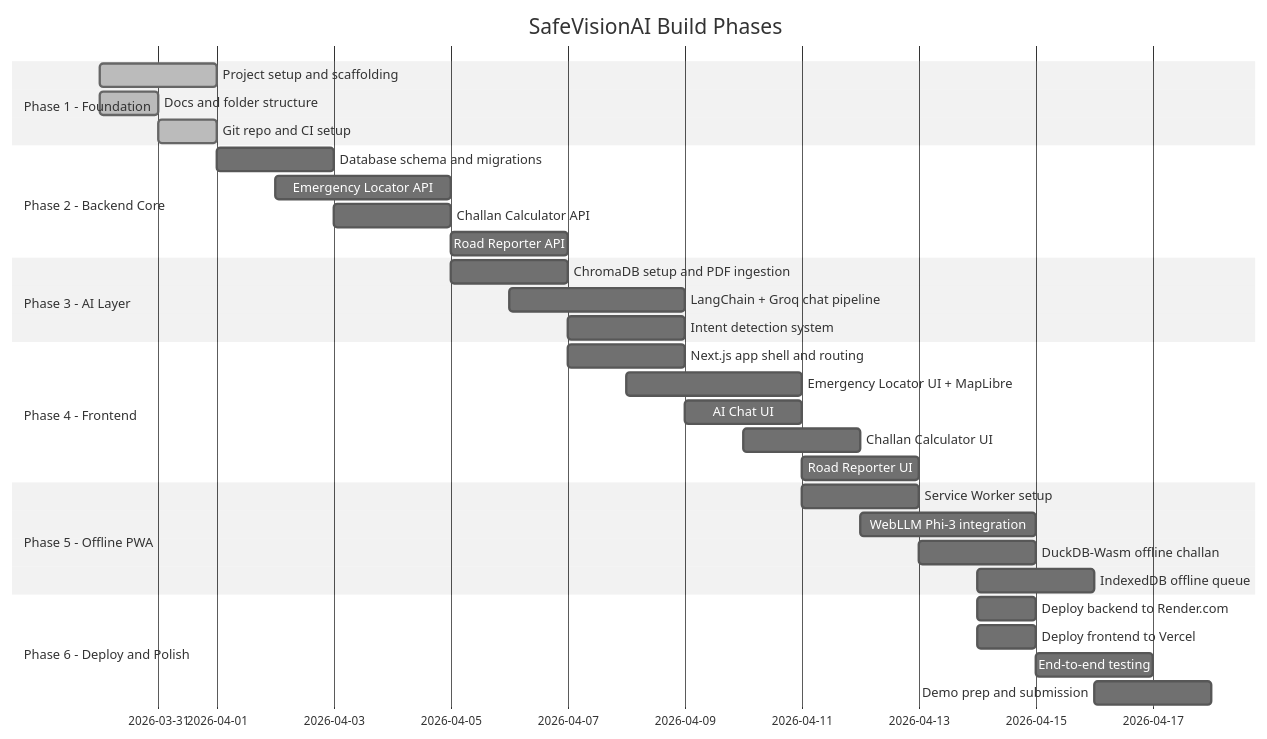
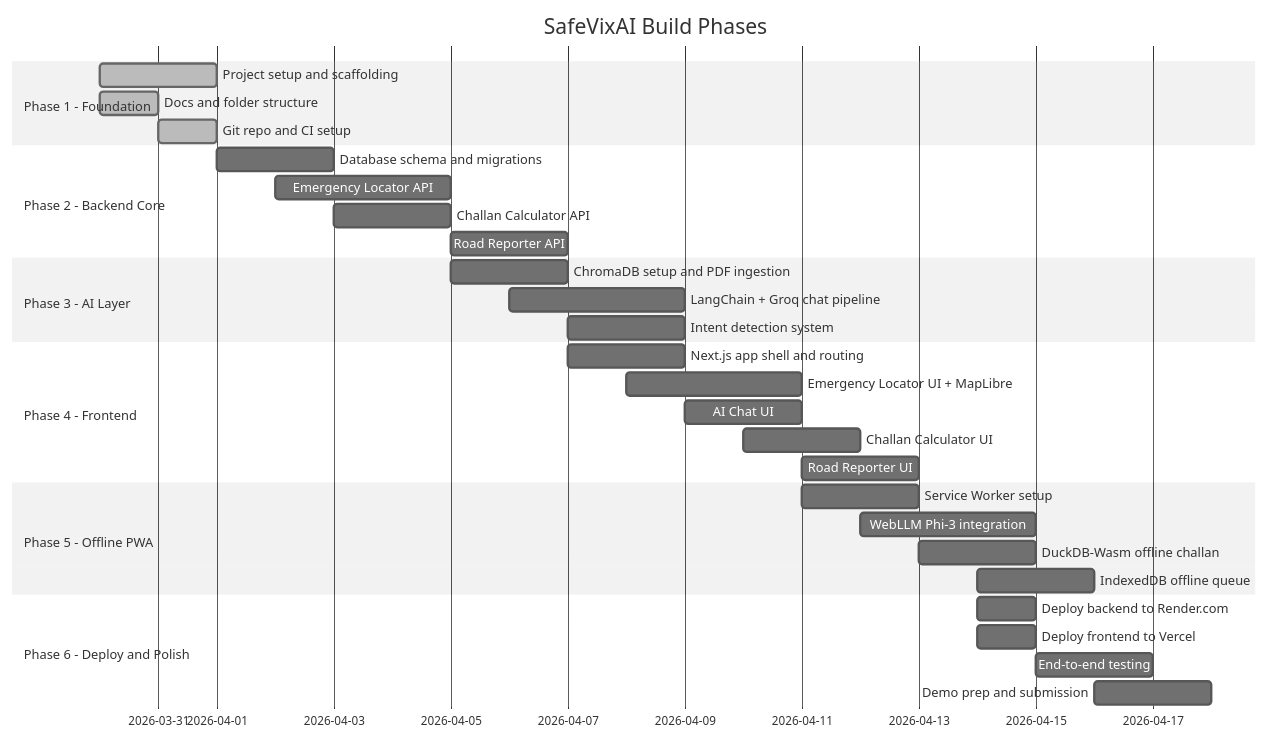
One commit to SafeVision-AI/SafeVision-AI changed the diagram in docs/Roadmap.md. Above: the diagram before and after it, drawn with Mermaid (neutral theme). The commit also changed other lines of this file and 78 other files, not shown here.

Commit message:
chore: codebase-wide rename to SafeVixAI

````diff
--- a/docs/Roadmap.md
+++ b/docs/Roadmap.md
@@ -9,39 +9,39 @@
 ```mermaid
 gantt
-    title SafeVisionAI Build Phases
+    title SafeVixAI Build Phases
     dateFormat  YYYY-MM-DD
     section Phase 1 - Foundation
     Project setup and scaffolding     :done, p1a, 2026-03-30, 2d
     Docs and folder structure         :done, p1b, 2026-03-30, 1d
     Git repo and CI setup             :done, p1c, 2026-03-31, 1d
 
     section Phase 2 - Backend Core
     Database schema and migrations    :p2a, 2026-04-01, 2d
     Emergency Locator API             :p2b, 2026-04-02, 3d
     Challan Calculator API            :p2c, 2026-04-03, 2d
     Road Reporter API                 :p2d, 2026-04-05, 2d
 
     section Phase 3 - AI Layer
     ChromaDB setup and PDF ingestion  :p3a, 2026-04-05, 2d
     LangChain + Groq chat pipeline    :p3b, 2026-04-06, 3d
     Intent detection system           :p3c, 2026-04-07, 2d
 
     section Phase 4 - Frontend
     Next.js app shell and routing     :p4a, 2026-04-07, 2d
     Emergency Locator UI + MapLibre   :p4b, 2026-04-08, 3d
     AI Chat UI                        :p4c, 2026-04-09, 2d
     Challan Calculator UI             :p4d, 2026-04-10, 2d
     Road Reporter UI                  :p4e, 2026-04-11, 2d
 
     section Phase 5 - Offline PWA
     Service Worker setup              :p5a, 2026-04-11, 2d
     WebLLM Phi-3 integration          :p5b, 2026-04-12, 3d
     DuckDB-Wasm offline challan       :p5c, 2026-04-13, 2d
     IndexedDB offline queue           :p5d, 2026-04-14, 2d
 
     section Phase 6 - Deploy and Polish
     Deploy backend to Render.com      :p6a, 2026-04-14, 1d
     Deploy frontend to Vercel         :p6b, 2026-04-14, 1d
     End-to-end testing                :p6c, 2026-04-15, 2d
     Demo prep and submission          :p6d, 2026-04-16, 2d
 ```
````
